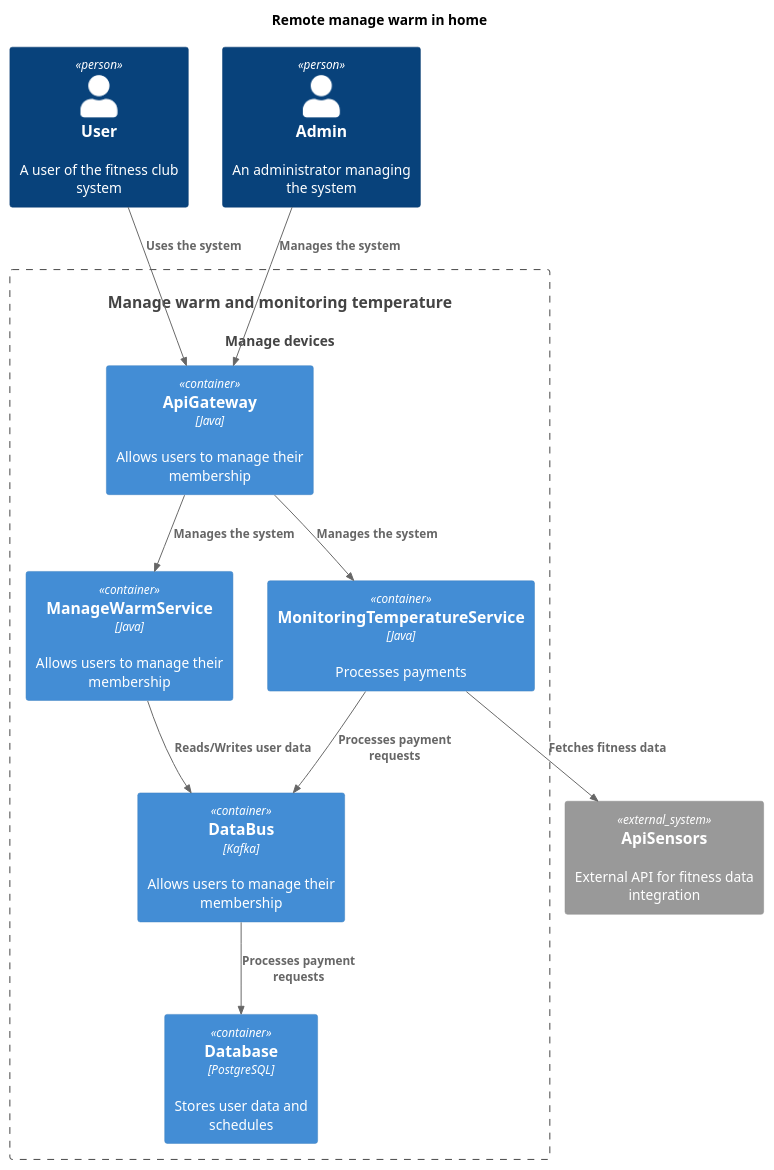
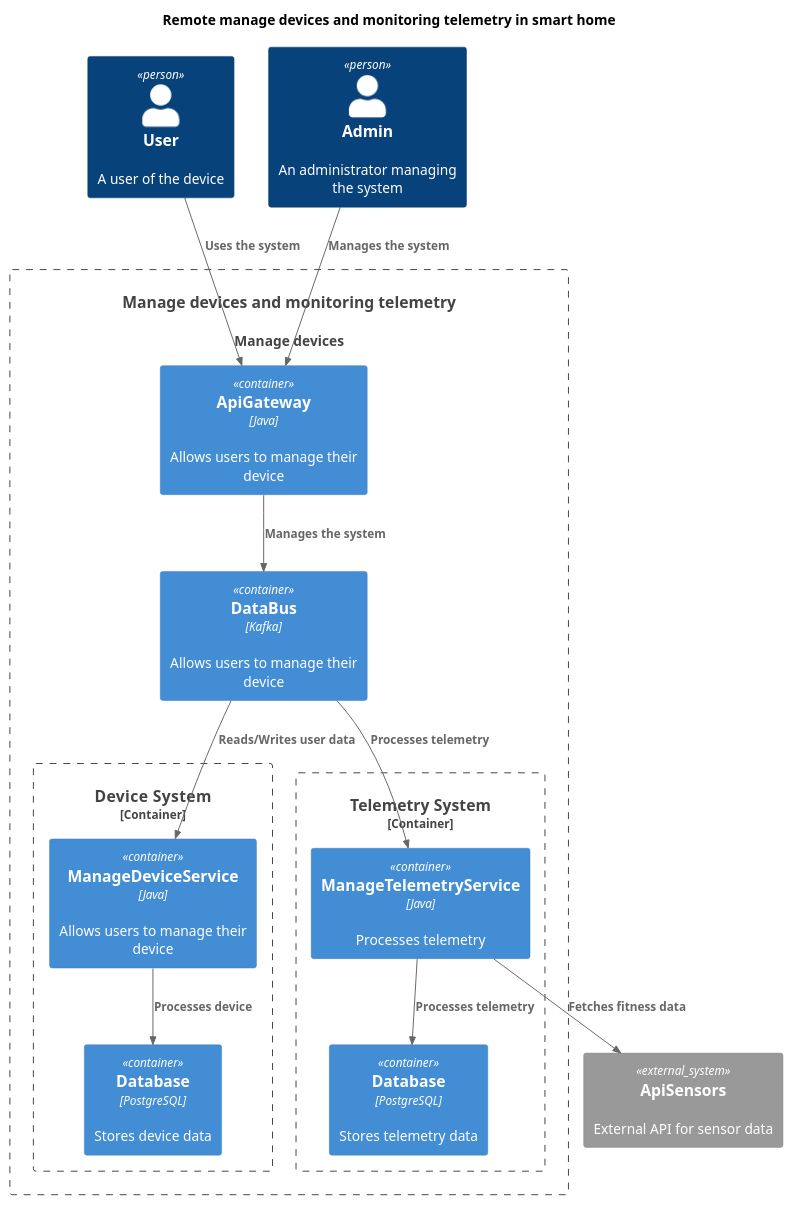
The diagram in Sprint3_Task_1_2_3_4/src/1-2_Conteiner.puml (sdfasdfasfasf/architecture-sprint-3), drawn with PlantUML before and after one commit. The commit also changed 4 other files, not shown here.

```diff
--- a/Sprint3_Task_1_2_3_4/src/1-2_Conteiner.puml
+++ b/Sprint3_Task_1_2_3_4/src/1-2_Conteiner.puml
@@ -1,32 +1,37 @@
 @startuml
 
 !includeurl https://raw.githubusercontent.com/RicardoNiepel/C4-PlantUML/master/C4_Component.puml
 
-title Remote manage warm in home
+title Remote manage devices and monitoring telemetry in smart home
 
 top to bottom direction
 
-Person(User, "User", "A user of the fitness club system")
+Person(User, "User", "A user of the device")
 Person(Admin, "Admin", "An administrator managing the system")
-System(FitLifeSystem, "Manage warm and monitoring temperature", "Manage devices")
+System(DeviceTelemetrySystem, "Manage devices and monitoring telemetry", "Manage devices")
 
-Container_Boundary(FitLifeSystem, "FitLife System") {
-  Container(ApiGateway, "ApiGateway", "Java", "Allows users to manage their membership")
-  Container(ManageWarm, "ManageWarmService", "Java", "Allows users to manage their membership")
-  Container(MonitoringTemperature, "MonitoringTemperatureService", "Java", "Processes payments")
-  Container(DataBus, "DataBus", "Kafka", "Allows users to manage their membership")
-  Container(Database, "Database", "PostgreSQL", "Stores user data and schedules")
+Container_Boundary(DeviceTelemetrySystem, "Device Telemetry System") {
+  Container(ApiGateway, "ApiGateway", "Java", "Allows users to manage their device")
+  Container(DataBus, "DataBus", "Kafka", "Allows users to manage their device")
+  Container_Boundary(DeviceSystem, "Device  System") {
+    Container(ManageDevice, "ManageDeviceService", "Java", "Allows users to manage their device")
+    Container(DatabaseDevice, "Database", "PostgreSQL", "Stores device data")
+  }
+  Container_Boundary(TelemetrySystem, "Telemetry System") {
+    Container(ManageTelemetry, "ManageTelemetryService", "Java", "Processes telemetry")
+    Container(DatabaseTelemetry, "Database", "PostgreSQL", "Stores telemetry data")
+  }
 }
 
-System_Ext(ApiSensors, "ApiSensors", "External API for fitness data integration")
+System_Ext(ApiSensors, "ApiSensors", "External API for sensor data")
 
 Rel(Admin, ApiGateway,"Manages the system")
 Rel(User, ApiGateway, "Uses the system")
-Rel(ApiGateway, MonitoringTemperature,"Manages the system")
-Rel(ApiGateway, ManageWarm,"Manages the system")
-Rel(MonitoringTemperature, DataBus,"Processes payment requests")
-Rel(ManageWarm,DataBus,"Reads/Writes user data")
-Rel(DataBus, Database, "Processes payment requests")
-Rel(MonitoringTemperature,ApiSensors,"Fetches fitness data")
+Rel(ApiGateway, DataBus,"Manages the system")
+Rel(DataBus, ManageTelemetry, "Processes telemetry")
+Rel(DataBus, ManageDevice,"Reads/Writes user data")
+Rel(ManageTelemetry,ApiSensors,"Fetches fitness data")
+Rel(ManageDevice, DatabaseDevice, "Processes device")
+Rel(ManageTelemetry, DatabaseTelemetry, "Processes telemetry")
 
 @enduml
```
